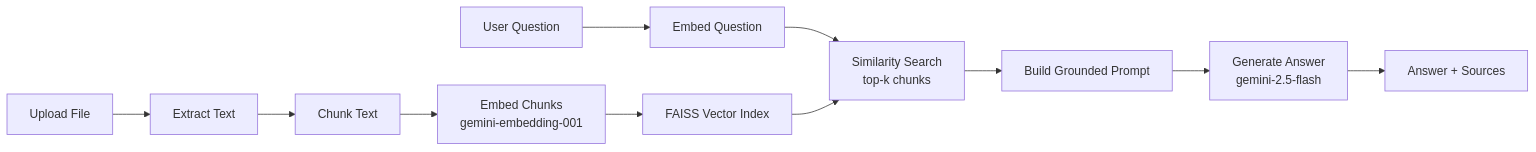
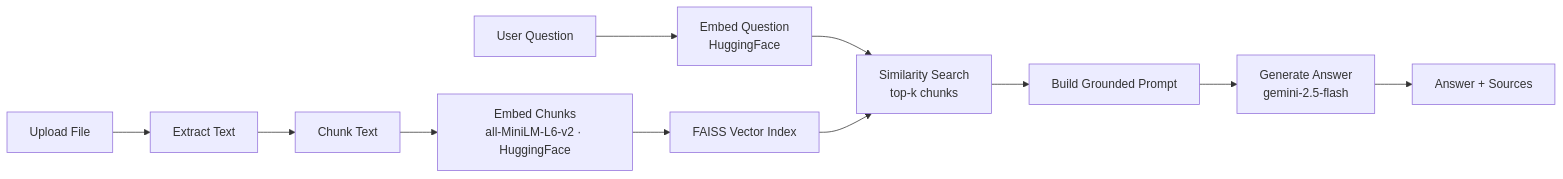
Before and after one commit to HananAIBuilds/docuchat-ai: the diagram in README.md, drawn with Mermaid. The commit also changed other lines of this file, not shown here.

````diff
--- a/README.md
+++ b/README.md
@@ -23,13 +24,13 @@
 ```mermaid
 flowchart LR
     A[Upload File] --> B[Extract Text]
     B --> C[Chunk Text]
-    C --> D[Embed Chunks<br/>gemini-embedding-001]
+    C --> D[Embed Chunks<br/>all-MiniLM-L6-v2 · HuggingFace]
     D --> E[FAISS Vector Index]
-    F[User Question] --> G[Embed Question]
+    F[User Question] --> G[Embed Question<br/>HuggingFace]
     G --> H[Similarity Search<br/>top-k chunks]
     E --> H
     H --> I[Build Grounded Prompt]
     I --> J[Generate Answer<br/>gemini-2.5-flash]
     J --> K[Answer + Sources]
 ```
````
